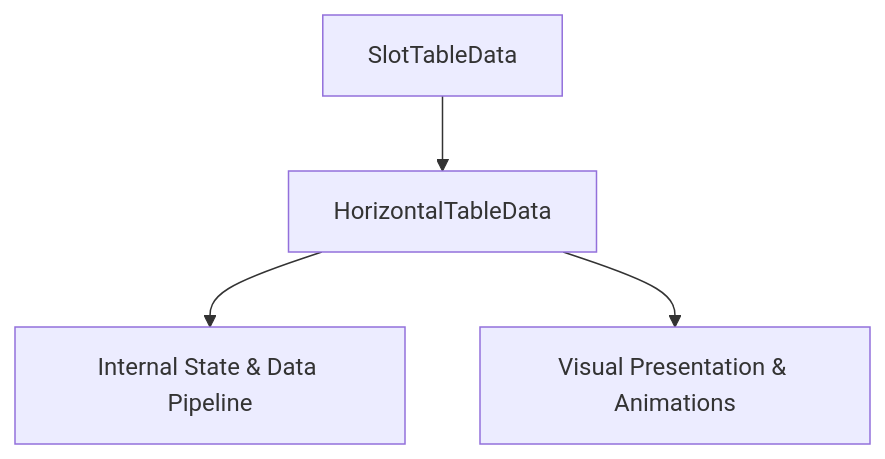
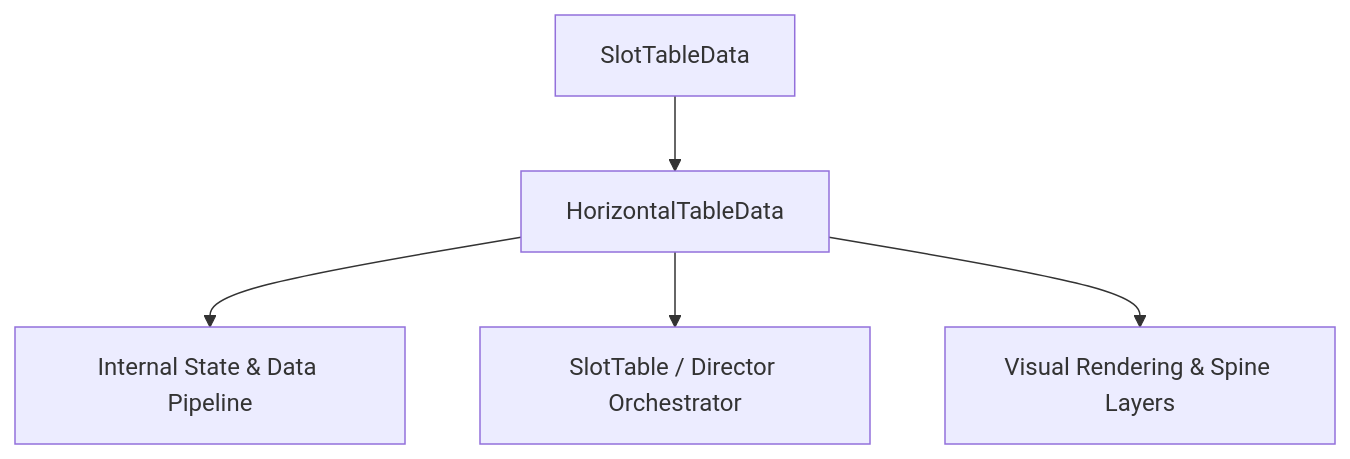
One commit to lam-ark/mcp-fwcc changed the diagram in docs/cc_slot_mechanics/modules/HorizontalTableData/01_overview/01_architecture_and_role.md. Above: the diagram before and after it, drawn with Mermaid. The commit also changed other lines of this file and 2509 other files, not shown here.

````diff
--- a/docs/cc_slot_mechanics/modules/HorizontalTableData/01_overview/01_architecture_and_role.md
+++ b/docs/cc_slot_mechanics/modules/HorizontalTableData/01_overview/01_architecture_and_role.md
@@ -18,6 +24,7 @@
 ```mermaid
 graph TD
-    Parent[SlotTableData] --> Mod[HorizontalTableData]
-    Mod --> State[Internal State & Data Pipeline]
-    Mod --> Render[Visual Presentation & Animations]
+    SuperClass[SlotTableData] --> TargetClass[HorizontalTableData]
+    TargetClass --> DataPipeline[Internal State & Data Pipeline]
+    TargetClass --> Orchestrator[SlotTable / Director Orchestrator]
+    TargetClass --> ViewLayer[Visual Rendering & Spine Layers]
 ```
````
